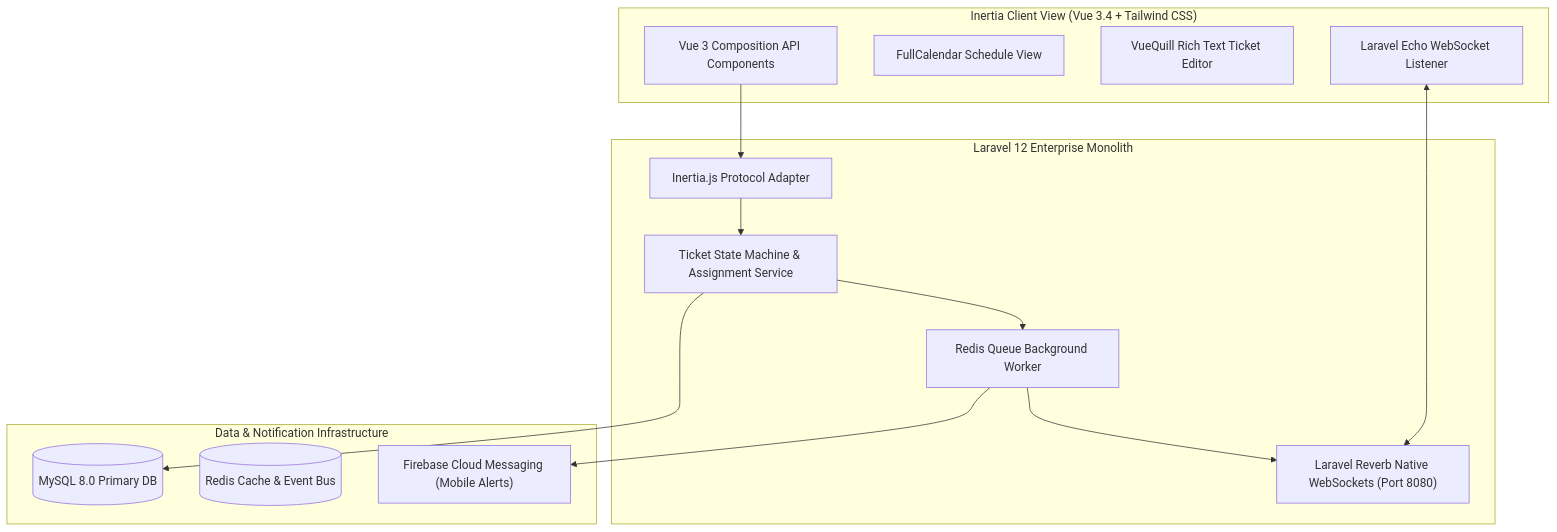
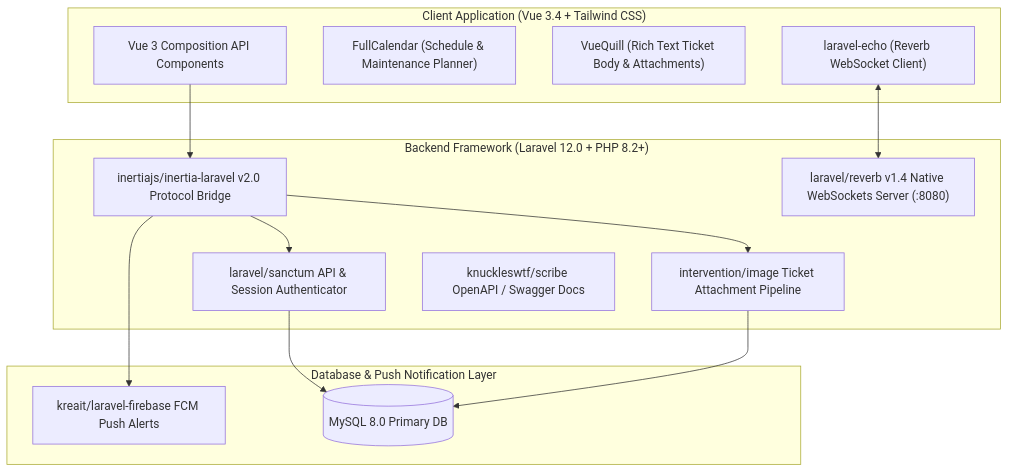
The diagram in experience/pt-lapantiga-solusi-algoritma/overview-projects/eri-helpdesk/ARCHITECTURE.md (MHendriF/my-resume), drawn with Mermaid before and after one commit. The commit also changed other lines of this file and 27 other files, not shown here.

Commit message:
docs: synchronize all ARCHITECTURE.md files with exact package.json and composer.json manifests

````diff
--- a/experience/pt-lapantiga-solusi-algoritma/overview-projects/eri-helpdesk/ARCHITECTURE.md
+++ b/experience/pt-lapantiga-solusi-algoritma/overview-projects/eri-helpdesk/ARCHITECTURE.md
@@ -19,30 +19,28 @@
 ```mermaid
 flowchart TD
-    subgraph BrowserUI ["Inertia Client View (Vue 3.4 + Tailwind CSS)"]
+    subgraph InertiaClient ["Client Application (Vue 3.4 + Tailwind CSS)"]
         VueComp["Vue 3 Composition API Components"]
-        FullCalendar["FullCalendar Schedule View"]
-        QuillEditor["VueQuill Rich Text Ticket Editor"]
-        LiveEcho["Laravel Echo WebSocket Listener"]
+        CalendarView["FullCalendar (Schedule & Maintenance Planner)"]
+        Quill["VueQuill (Rich Text Ticket Body & Attachments)"]
+        EchoListener["laravel-echo (Reverb WebSocket Client)"]
     end
 
-    subgraph MonolithCore ["Laravel 12 Enterprise Monolith"]
-        InertiaAdapter["Inertia.js Protocol Adapter"]
-        TicketEngine["Ticket State Machine & Assignment Service"]
-        ReverbServer["Laravel Reverb Native WebSockets (Port 8080)"]
-        QueueWorker["Redis Queue Background Worker"]
+    subgraph LaravelCore ["Backend Framework (Laravel 12.0 + PHP 8.2+)"]
+        InertiaAdapter["inertiajs/inertia-laravel v2.0 Protocol Bridge"]
+        ReverbDaemon["laravel/reverb v1.4 Native WebSockets Server (:8080)"]
+        SanctumAuth["laravel/sanctum API & Session Authenticator"]
+        ImageOptimizer["intervention/image Ticket Attachment Pipeline"]
+        DocGenerator["knuckleswtf/scribe OpenAPI / Swagger Docs"]
     end
 
-    subgraph StorageInfra ["Data & Notification Infrastructure"]
+    subgraph ExternalAndData ["Database & Push Notification Layer"]
+        FirebaseAlerts["kreait/laravel-firebase FCM Push Alerts"]
         MySQL_DB[(MySQL 8.0 Primary DB)]
-        RedisQueue[(Redis Cache & Event Bus)]
-        FirebaseFCM["Firebase Cloud Messaging (Mobile Alerts)"]
     end
 
     VueComp --> InertiaAdapter
-    LiveEcho <--> ReverbServer
-    InertiaAdapter --> TicketEngine
-    TicketEngine --> MySQL_DB
-    TicketEngine --> QueueWorker
-    QueueWorker --> FirebaseFCM
-    QueueWorker --> ReverbServer
+    EchoListener <--> ReverbDaemon
+    InertiaAdapter --> SanctumAuth --> MySQL_DB
+    InertiaAdapter --> ImageOptimizer --> MySQL_DB
+    InertiaAdapter --> FirebaseAlerts
 ```
````
